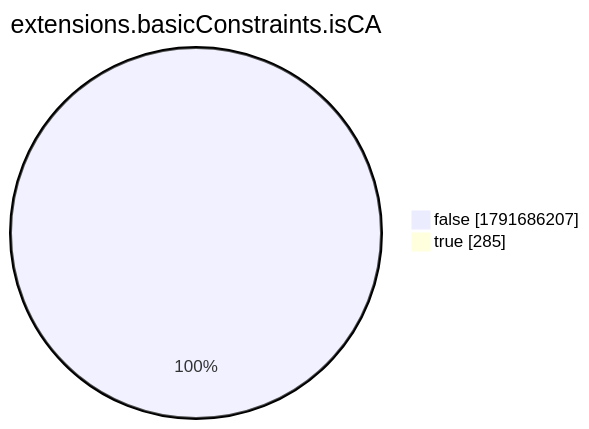
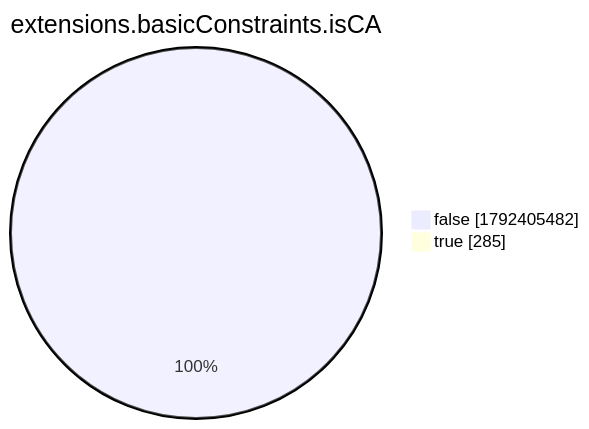
The eighth of 15 diagrams in xenon2022/README.md (christiankrug/ctmonitor_visualization), drawn with Mermaid before and after one commit. The commit also changed other lines of this file, not shown here.

````diff
--- a/xenon2022/README.md
+++ b/xenon2022/README.md
@@ -2868,6 +2868,6 @@
 ```mermaid
 pie showData
 title extensions.basicConstraints.isCA
-"false" :1791686207
+"false" :1792405482
 "true" :285
 ```
````
